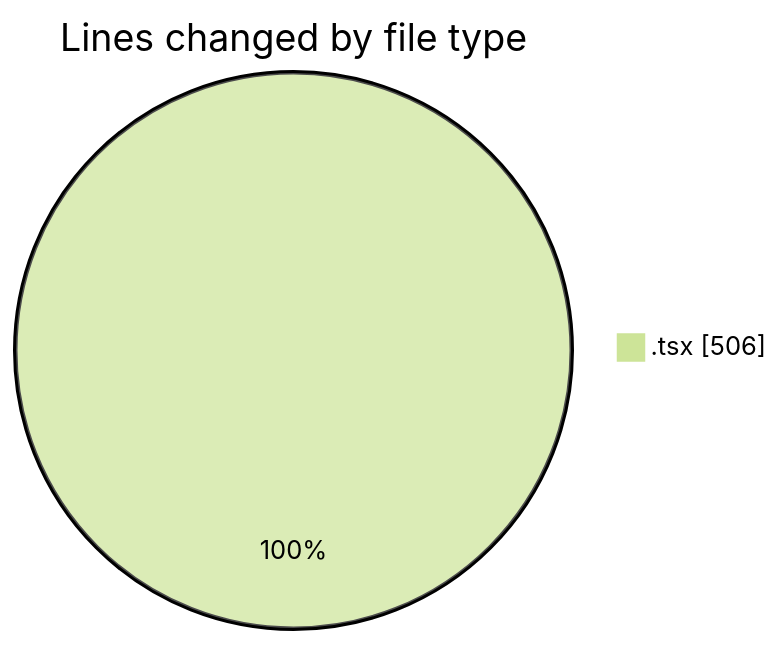
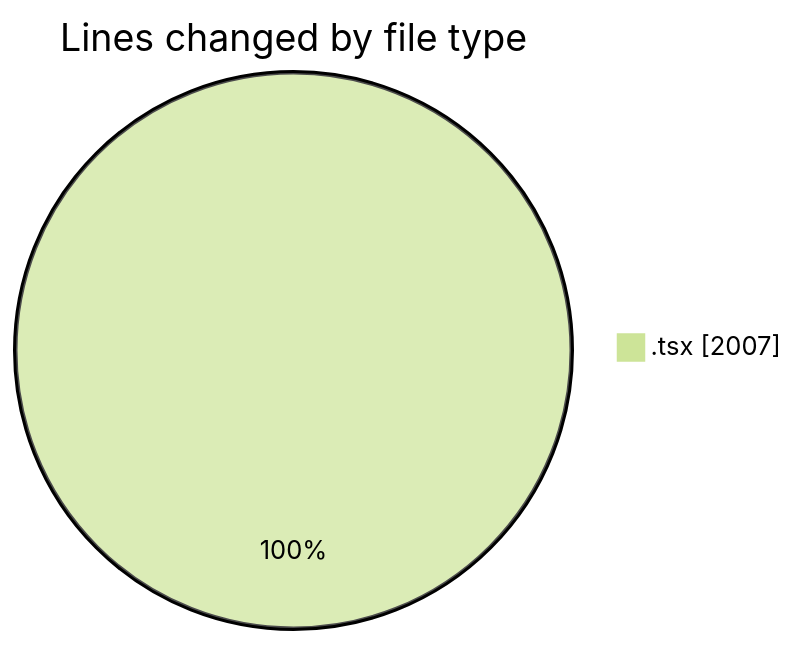
The first of 2 diagrams in 2026-05-25/nxtqube_webapp/README.md (nxtqubesakshisongat/code-tracking), drawn with Mermaid (forest theme) before and after one commit. The commit also changed other lines of this file and 1 other file, not shown here.

````diff
--- a/2026-05-25/nxtqube_webapp/README.md
+++ b/2026-05-25/nxtqube_webapp/README.md
@@ -20,5 +21,5 @@
 ```mermaid
 pie showData
 title Lines changed by file type
-".tsx" : 506
+".tsx" : 2007
 ```
````
